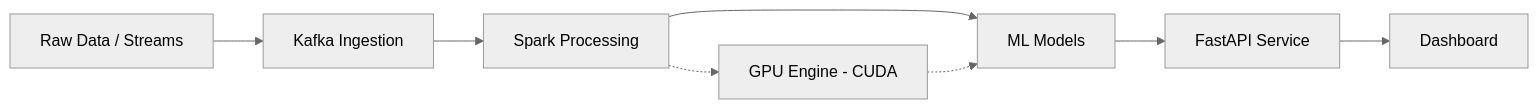
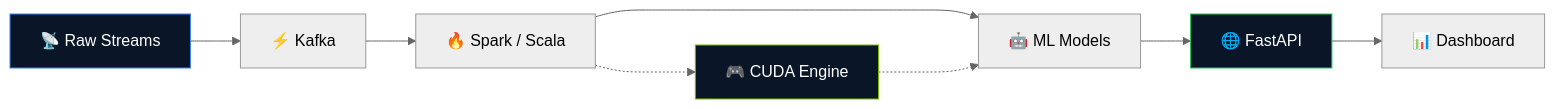
One commit to Hemanthf224/Hemanthf224 changed the diagram in README.md. Above: the diagram before and after it, drawn with Mermaid (neutral theme). The commit also changed other lines of this file, not shown here.

````diff
--- a/README.md
+++ b/README.md
@@ -97,10 +138,13 @@
 ```mermaid
 flowchart LR
-    A[Raw Data / Streams] --> B[Kafka Ingestion]
-    B --> C[Spark Processing]
-    C --> D[ML Models]
-    D --> E[FastAPI Service]
-    E --> F[Dashboard]
-    C -.-> G[GPU Engine - CUDA]
-    G -.-> D
+    A["📡 Raw Streams"] --> B["⚡ Kafka"]
+    B --> C["🔥 Spark / Scala"]
+    C --> D["🤖 ML Models"]
+    D --> E["🌐 FastAPI"]
+    E --> F["📊 Dashboard"]
+    C -..-> G["🎮 CUDA Engine"]
+    G -..-> D
+    style A fill:#0A1628,stroke:#3B82F6,color:#fff
+    style G fill:#0A1628,stroke:#76B900,color:#fff
+    style E fill:#0A1628,stroke:#22C55E,color:#fff
 ```
````
